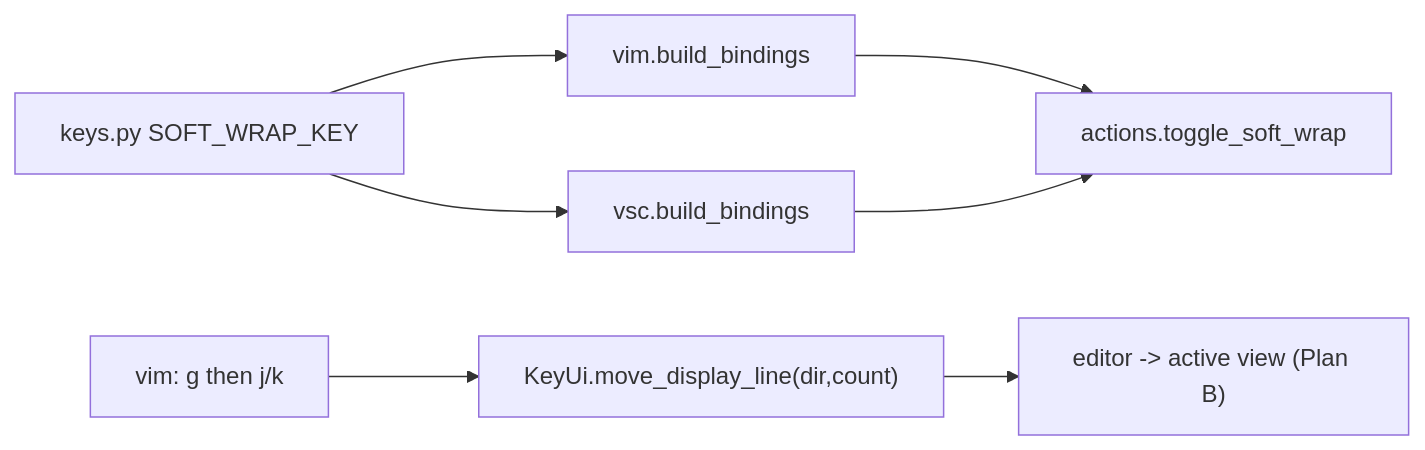
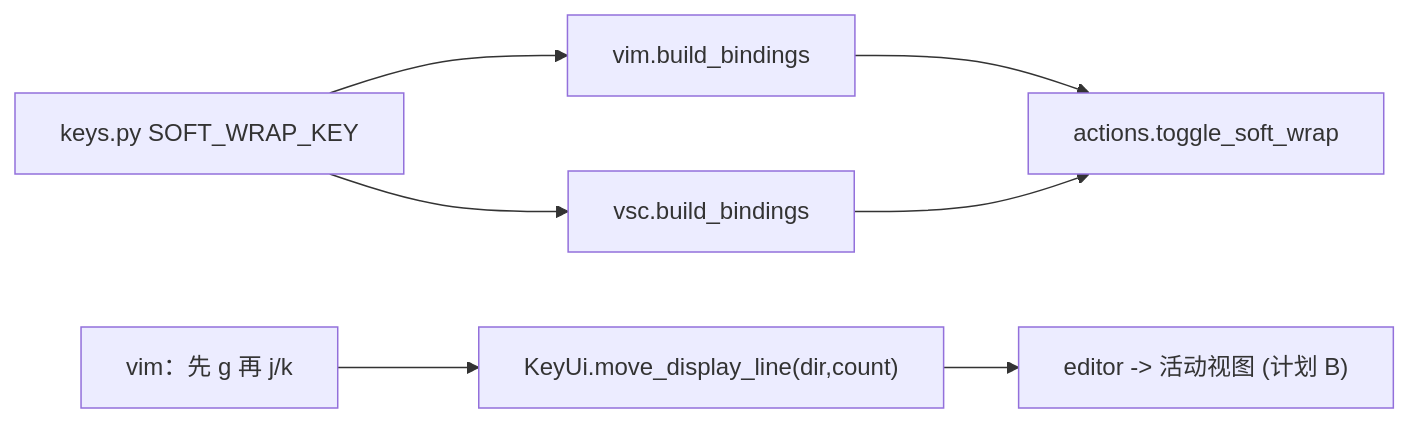
Before and after one commit to BigThxBrigde/yate: the diagram in .trae/documents/soft-wrap-plans/soft-wrap-keys-plan-d.md, drawn with Mermaid. The commit also changed other lines of this file and 79 other files, not shown here.

````diff
--- a/.trae/documents/soft-wrap-plans/soft-wrap-keys-plan-d.md
+++ b/.trae/documents/soft-wrap-plans/soft-wrap-keys-plan-d.md
@@ -126,9 +122,9 @@
 ```mermaid
 flowchart LR
   K["keys.py SOFT_WRAP_KEY"] --> V["vim.build_bindings"]
   K --> C["vsc.build_bindings"]
   V --> A["actions.toggle_soft_wrap"]
   C --> A
-  G["vim: g then j/k"] --> CB["KeyUi.move_display_line(dir,count)"]
-  CB --> ED["editor -> active view (Plan B)"]
+  G["vim：先 g 再 j/k"] --> CB["KeyUi.move_display_line(dir,count)"]
+  CB --> ED["editor -> 活动视图 (计划 B)"]
 ```
````
